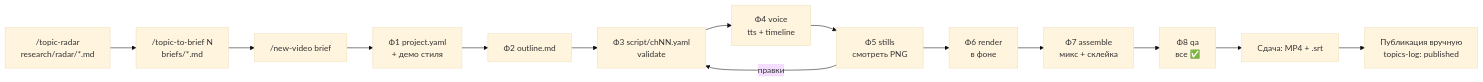
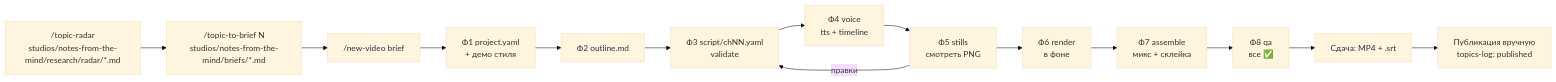
Before and after one commit to frontDevArt/vide-std: the diagram in docs/WALKTHROUGH.md, drawn with Mermaid (base theme). The commit also changed other lines of this file and 45 other files, not shown here.

````diff
--- a/docs/WALKTHROUGH.md
+++ b/docs/WALKTHROUGH.md
@@ -171,16 +174,16 @@
 ```mermaid
 flowchart LR
-  R["/topic-radar<br/>research/radar/*.md"] --> B["/topic-to-brief N<br/>briefs/*.md"]
+  R["/topic-radar<br/>studios/notes-from-the-mind/research/radar/*.md"] --> B["/topic-to-brief N<br/>studios/notes-from-the-mind/briefs/*.md"]
   B --> NV["/new-video brief"]
   NV --> P1["Ф1 project.yaml<br/>+ демо стиля"]
   P1 --> P2["Ф2 outline.md"]
   P2 --> P3["Ф3 script/chNN.yaml<br/>validate"]
   P3 --> P4["Ф4 voice<br/>tts + timeline"]
   P4 --> P5["Ф5 stills<br/>смотреть PNG"]
   P5 -->|правки| P3
   P5 --> P6["Ф6 render<br/>в фоне"]
   P6 --> P7["Ф7 assemble<br/>микс + склейка"]
   P7 --> P8["Ф8 qa<br/>все ✅"]
   P8 --> D["Сдача: MP4 + .srt"]
   D --> PUB["Публикация вручную<br/>topics-log: published"]
 ```
````
